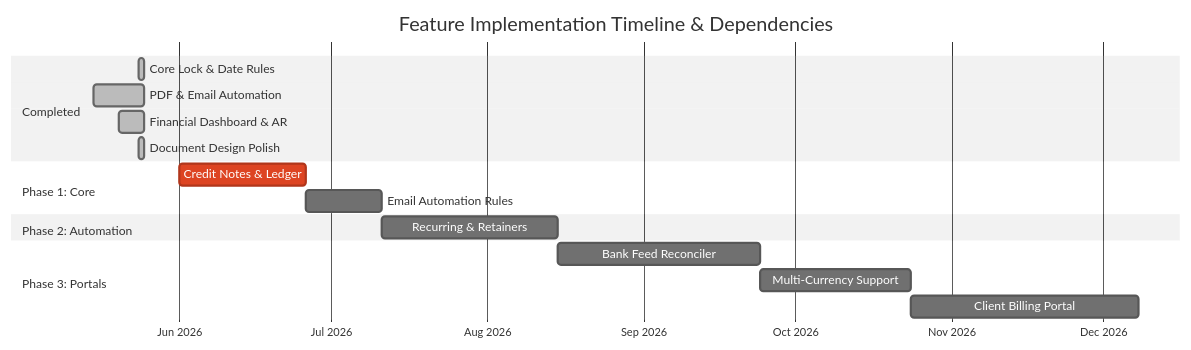
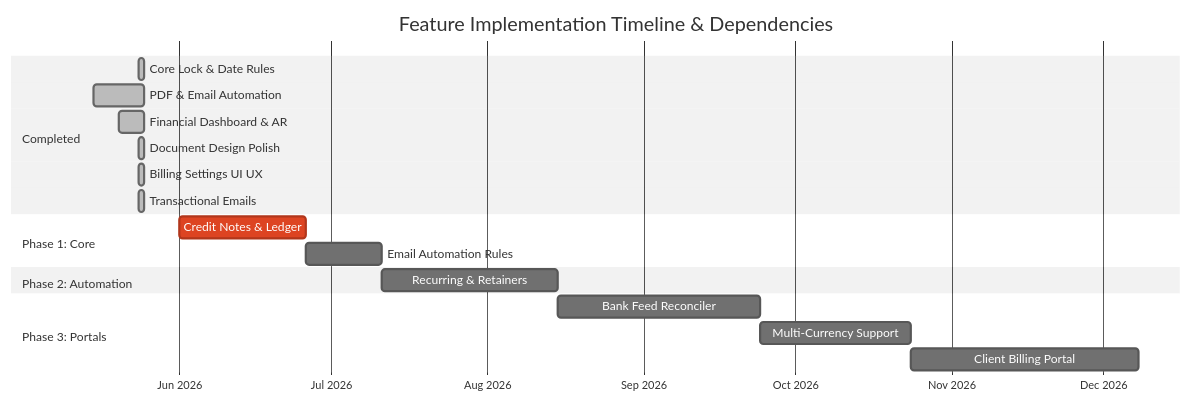
The diagram in docs/roadmap/ROADMAP.md (jchademwiri/pmg-hub), drawn with Mermaid (neutral theme) before and after one commit. The commit also changed other lines of this file and 8 other files, not shown here.

````diff
--- a/docs/roadmap/ROADMAP.md
+++ b/docs/roadmap/ROADMAP.md
@@ -9,24 +9,26 @@
 ```mermaid
 gantt
     title Feature Implementation Timeline & Dependencies
     dateFormat  YYYY-MM-DD
     axisFormat  %b %Y
     
     section Completed
     Core Lock & Date Rules   :done, 2026-05-24, 1d
     PDF & Email Automation   :done, 2026-05-15, 10d
     Financial Dashboard & AR :done, 2026-05-20, 5d
     Document Design Polish   :done, 2026-05-24, 1d
+    Billing Settings UI UX   :done, 2026-05-24, 1d
+    Transactional Emails     :done, 2026-05-24, 1d
     
     section Phase 1: Core
     Credit Notes & Ledger    :crit, a2, 2026-06-01, 25d
     Email Automation Rules   :a9, after a2, 15d
     
     section Phase 2: Automation
     Recurring & Retainers    :a3, after a9, 35d
     
     section Phase 3: Portals
     Bank Feed Reconciler     :a5, after a3, 40d
     Multi-Currency Support   :a6, after a5, 30d
     Client Billing Portal    :a7, after a6, 45d
 ```
````
